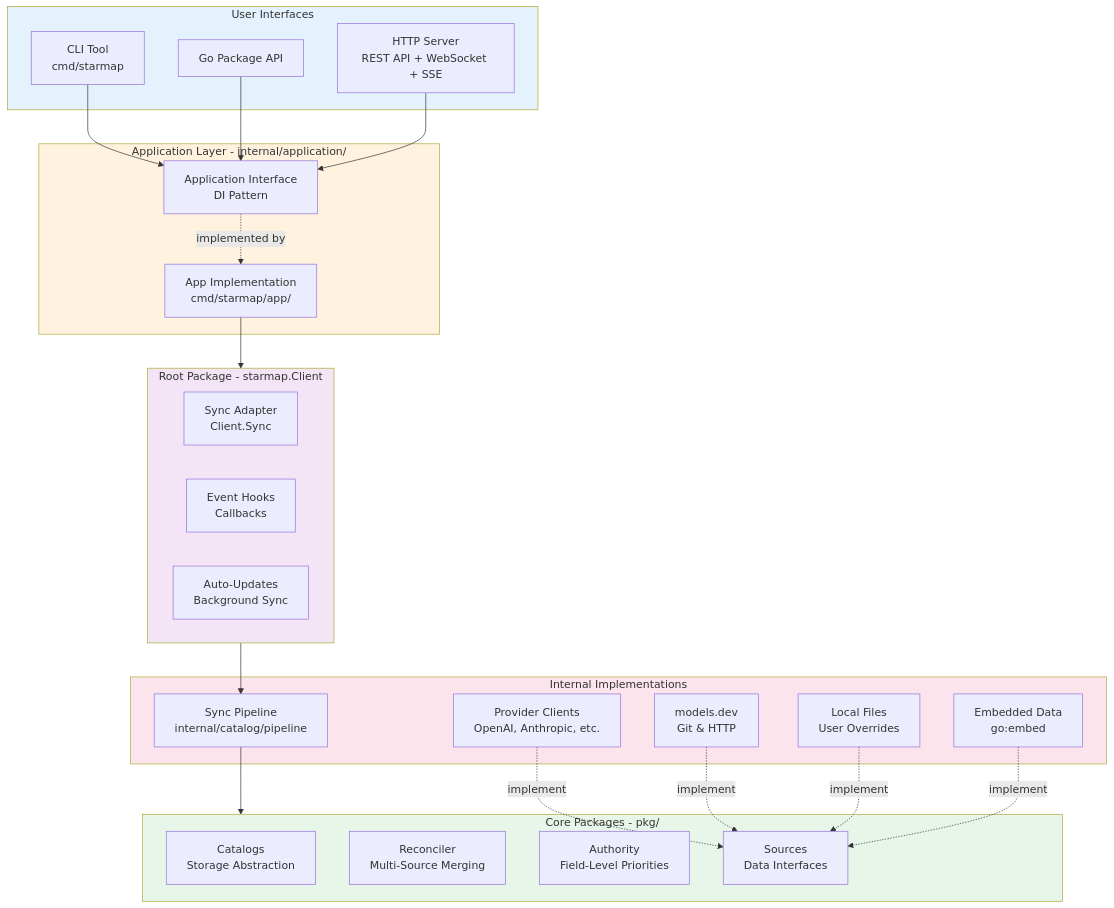
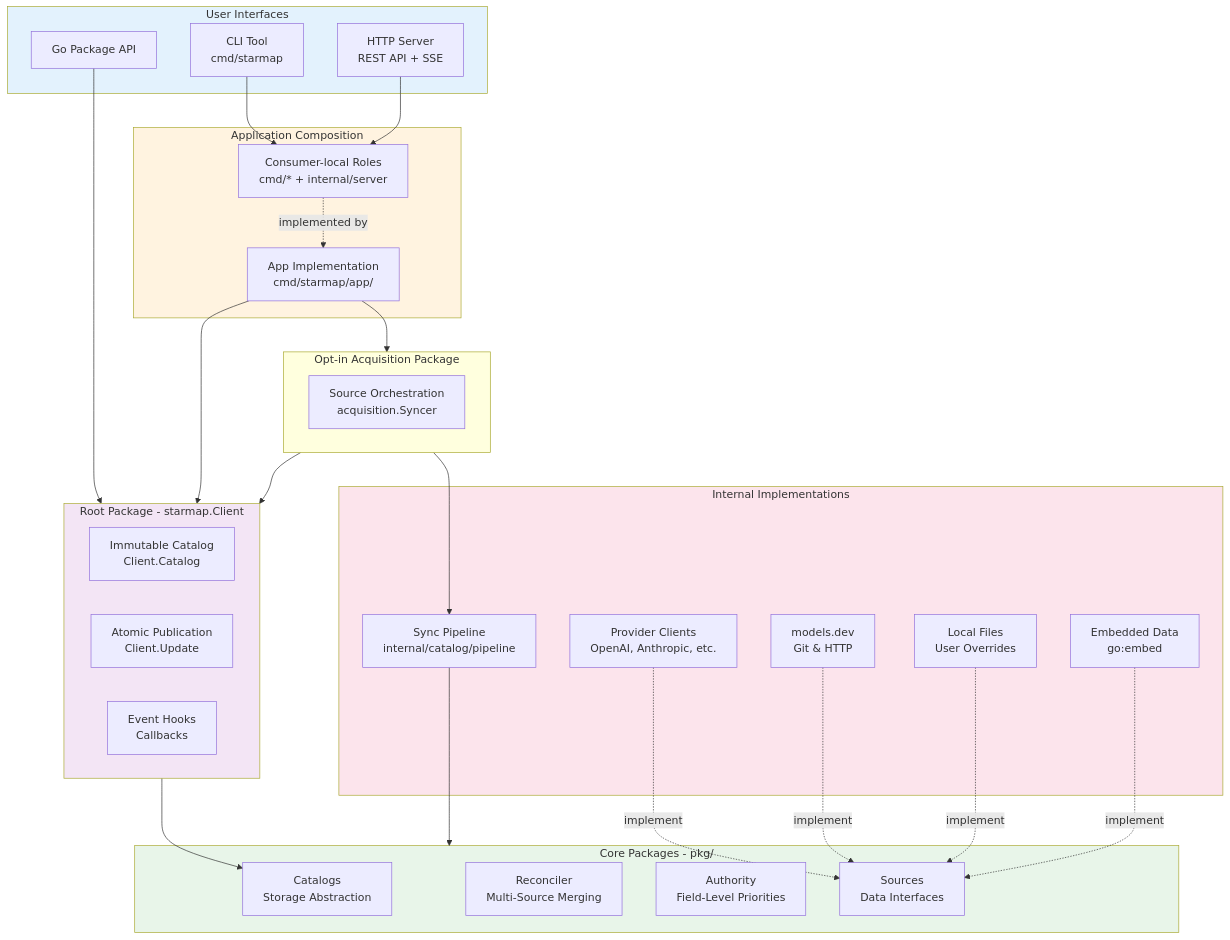
Before and after one commit to agentstation/starmap: the first of 8 diagrams in docs/ARCHITECTURE.md, drawn with Mermaid. The commit also changed other lines of this file and 274 other files, not shown here.

````diff
--- a/docs/ARCHITECTURE.md
+++ b/docs/ARCHITECTURE.md
@@ -37,49 +37,56 @@
 ```mermaid
 graph TB
     subgraph UI["User Interfaces"]
         CLI[CLI Tool<br/>cmd/starmap]
         GO[Go Package API]
-        HTTP[HTTP Server<br/>REST API + WebSocket + SSE]
+        HTTP[HTTP Server<br/>REST API + SSE]
     end
 
-    subgraph APP["Application Layer - internal/application/"]
-        APPIF[Application Interface<br/>DI Pattern]
+    subgraph APP["Application Composition"]
+        APPIF[Consumer-local Roles<br/>cmd/* + internal/server]
         APPIMPL[App Implementation<br/>cmd/starmap/app/]
     end
 
     subgraph ROOT["Root Package - starmap.Client"]
-        SYNC[Sync Adapter<br/>Client.Sync]
+        READ[Immutable Catalog<br/>Client.Catalog]
+        PUBLISH[Atomic Publication<br/>Client.Update]
         HOOKS[Event Hooks<br/>Callbacks]
-        AUTO[Auto-Updates<br/>Background Sync]
+    end
+
+    subgraph ACQ["Opt-in Acquisition Package"]
+        SYNC[Source Orchestration<br/>acquisition.Syncer]
     end
 
     subgraph CORE["Core Packages - pkg/"]
         CAT[Catalogs<br/>Storage Abstraction]
         REC[Reconciler<br/>Multi-Source Merging]
         AUTH[Authority<br/>Field-Level Priorities]
         SOURCES[Sources<br/>Data Interfaces]
     end
 
     subgraph IMPL["Internal Implementations"]
         PIPE[Sync Pipeline<br/>internal/catalog/pipeline]
         EMBED[Embedded Data<br/>go:embed]
         PROVS[Provider Clients<br/>OpenAI, Anthropic, etc.]
         MODELS[models.dev<br/>Git & HTTP]
         LOCAL[Local Files<br/>User Overrides]
     end
 
     CLI --> APPIF
-    GO --> APPIF
+    GO --> ROOT
     HTTP --> APPIF
     APPIF -.implemented by.-> APPIMPL
     APPIMPL --> ROOT
-    ROOT --> PIPE
+    APPIMPL --> ACQ
+    ACQ --> PIPE
+    ACQ --> ROOT
+    ROOT --> CAT
     PIPE --> CORE
     PROVS & MODELS & LOCAL & EMBED -.implement.-> SOURCES
 
     style UI fill:#e3f2fd
     style APP fill:#fff3e0
     style ROOT fill:#f3e5f5
     style CORE fill:#e8f5e9
     style IMPL fill:#fce4ec
 ```
````
